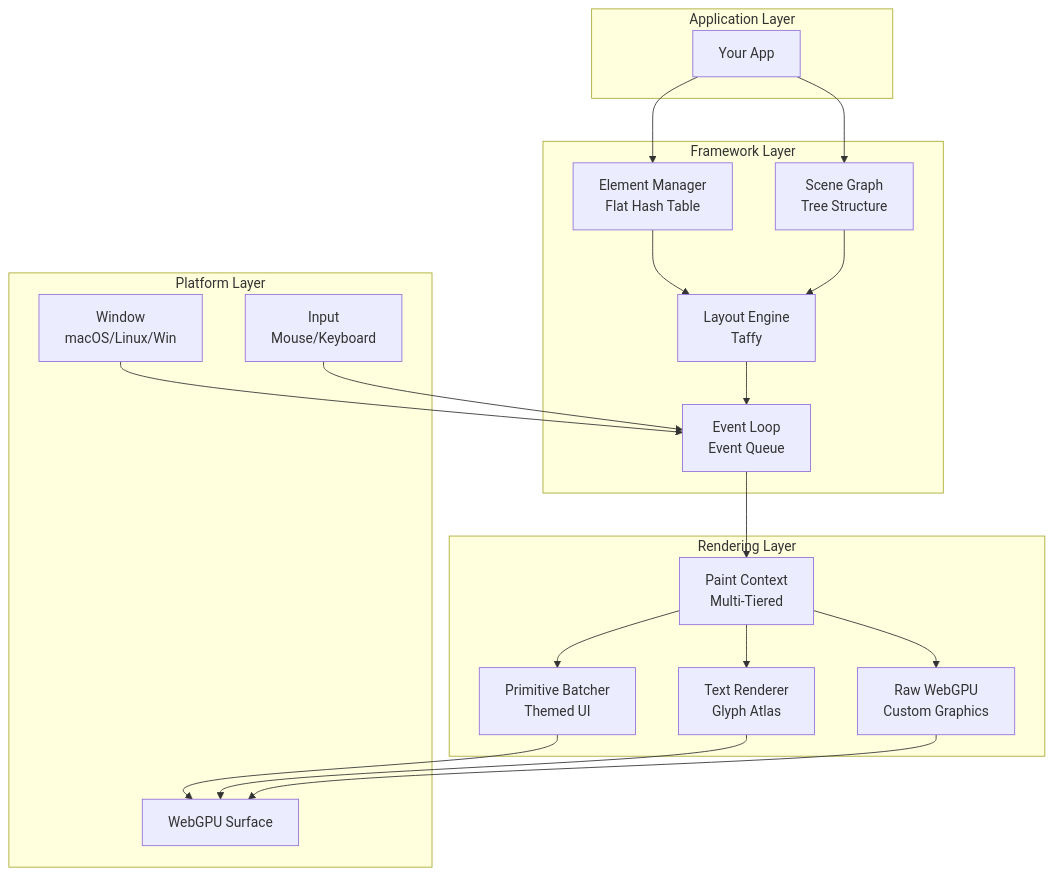
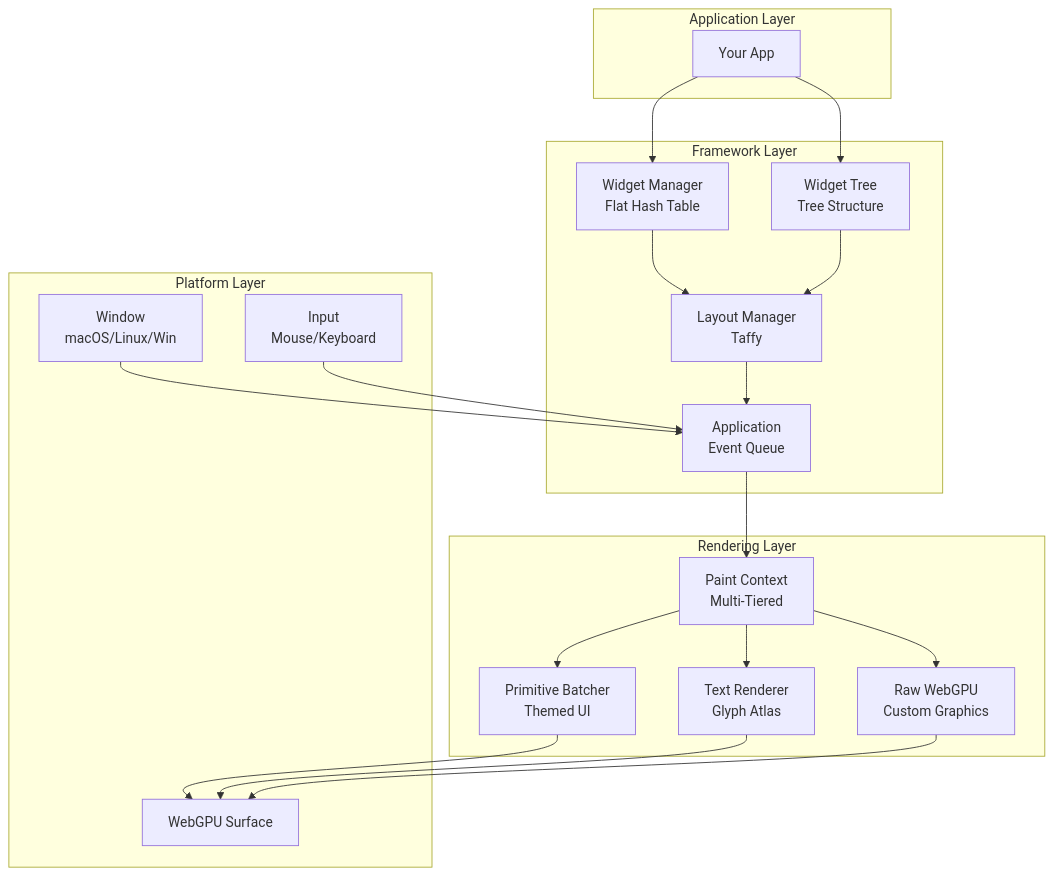
Before and after one commit to shi-yan/AssortedWidgets: the diagram in README.md, drawn with Mermaid. The commit also changed other lines of this file and 5 other files, not shown here.

````diff
--- a/README.md
+++ b/README.md
@@ -85,41 +105,41 @@
 ```mermaid
 graph TB
     subgraph "Application Layer"
         A[Your App]
     end
 
     subgraph "Framework Layer"
-        B[Element Manager<br/>Flat Hash Table]
-        C[Scene Graph<br/>Tree Structure]
-        D[Layout Engine<br/>Taffy]
-        E[Event Loop<br/>Event Queue]
+        B[Widget Manager<br/>Flat Hash Table]
+        C[Widget Tree<br/>Tree Structure]
+        D[Layout Manager<br/>Taffy]
+        E[Application<br/>Event Queue]
     end
 
     subgraph "Rendering Layer"
         F[Paint Context<br/>Multi-Tiered]
         G[Primitive Batcher<br/>Themed UI]
         H[Text Renderer<br/>Glyph Atlas]
         I[Raw WebGPU<br/>Custom Graphics]
     end
 
     subgraph "Platform Layer"
         J[Window<br/>macOS/Linux/Win]
         K[Input<br/>Mouse/Keyboard]
         L[WebGPU Surface]
     end
 
     A --> B
     A --> C
     B --> D
     C --> D
     D --> E
     E --> F
     F --> G
     F --> H
     F --> I
     G --> L
     H --> L
     I --> L
     J --> E
     K --> E
 ```
````
